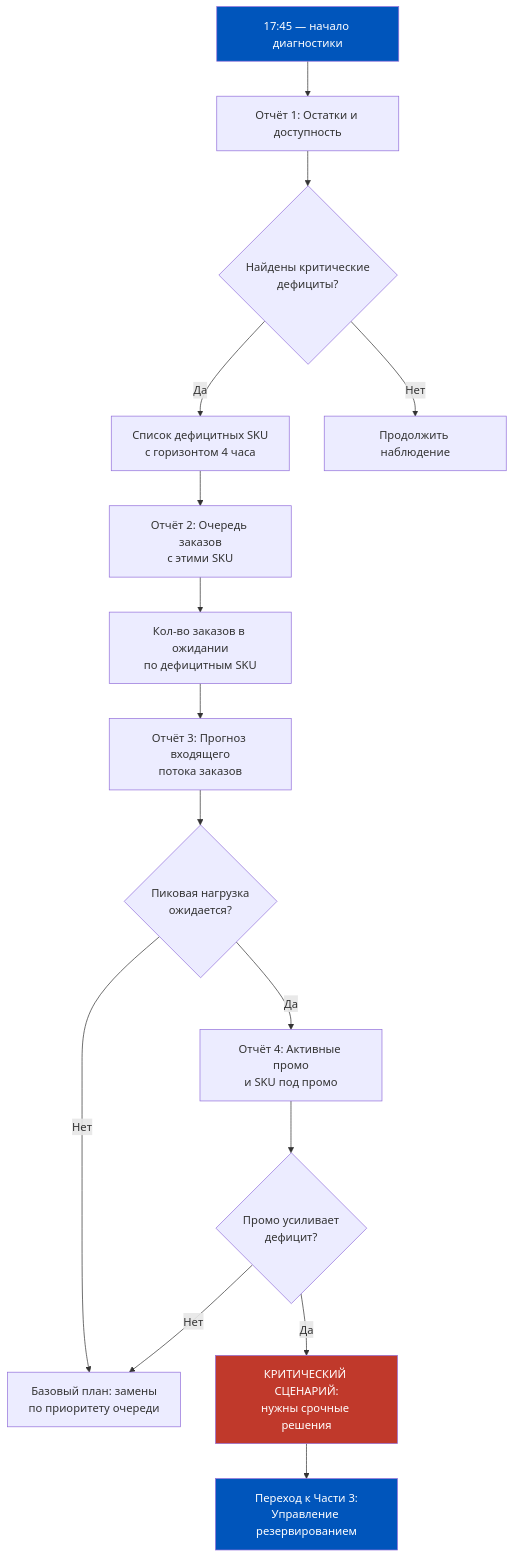
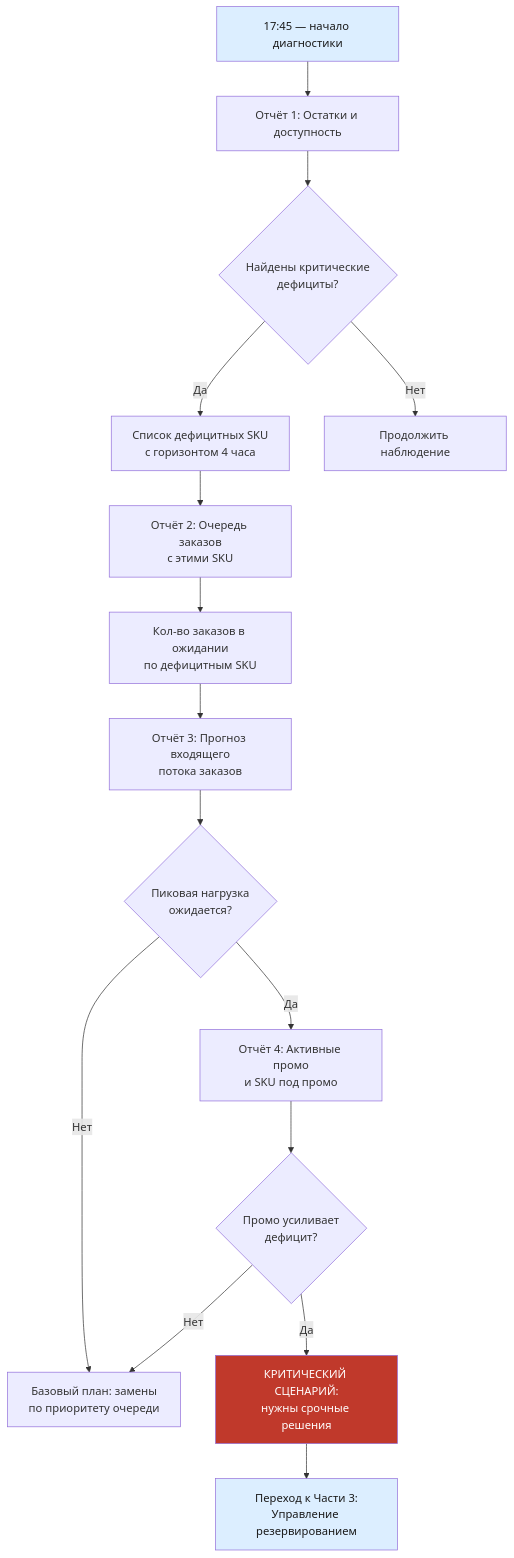
Before and after one commit to murad1986/1c-erp-quartz: the first of 6 diagrams in content/1c-erp/week_6/Неделя 6 - День 6 - Практикум по фулфилменту.md, drawn with Mermaid. The commit also changed other lines of this file and 57 other files, not shown here.

First line of the commit message:
fix: Mermaid — пастельные цвета в источниках диаграмм (56 файлов)

````diff
--- a/content/1c-erp/week_6/Неделя 6 - День 6 - Практикум по фулфилменту.md
+++ b/content/1c-erp/week_6/Неделя 6 - День 6 - Практикум по фулфилменту.md
@@ -94,20 +94,20 @@
 ```mermaid
 flowchart TD
     A[17:45 — начало диагностики] --> B[Отчёт 1: Остатки и доступность]
     B --> C{Найдены критические<br/>дефициты?}
     C -->|Да| D[Список дефицитных SKU<br/>с горизонтом 4 часа]
     C -->|Нет| E[Продолжить наблюдение]
     D --> F[Отчёт 2: Очередь заказов<br/>с этими SKU]
     F --> G[Кол-во заказов в ожидании<br/>по дефицитным SKU]
     G --> H[Отчёт 3: Прогноз входящего<br/>потока заказов]
     H --> I{Пиковая нагрузка<br/>ожидается?}
     I -->|Да| J[Отчёт 4: Активные промо<br/>и SKU под промо]
     I -->|Нет| K[Базовый план: замены<br/>по приоритету очереди]
     J --> L{Промо усиливает<br/>дефицит?}
     L -->|Да| M[КРИТИЧЕСКИЙ СЦЕНАРИЙ:<br/>нужны срочные решения]
     L -->|Нет| K
     M --> N[Переход к Части 3:<br/>Управление резервированием]
-    style A fill:#0055BB,color:#fff
+    style A fill:#dceeff,color:#1a1a1a
     style M fill:#c0392b,color:#fff
-    style N fill:#0055BB,color:#fff
+    style N fill:#dceeff,color:#1a1a1a
 ```
````
